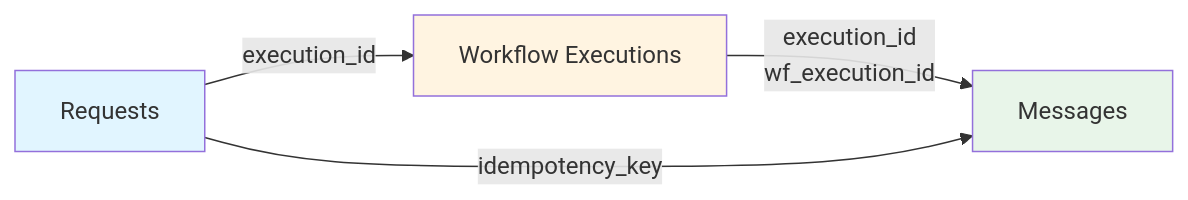
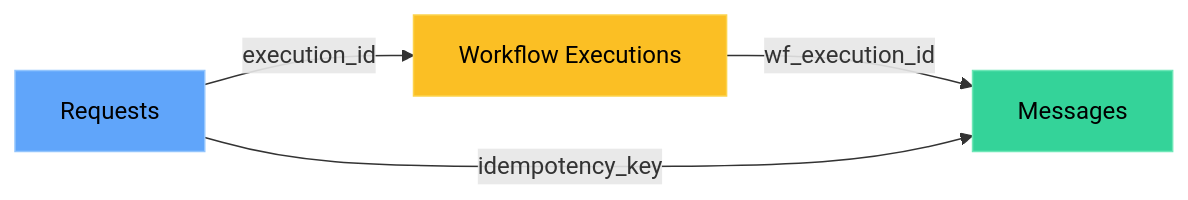
The diagram in docs/amazon_s3_v2.mdx (suprsend/documentation), drawn with Mermaid before and after one commit. The commit also changed other lines of this file, not shown here.

````diff
--- a/docs/amazon_s3_v2.mdx
+++ b/docs/amazon_s3_v2.mdx
@@ -70,10 +56,10 @@
 ```mermaid
 graph LR
     A[Requests] -->|execution_id| B[Workflow Executions]
-    B -->|execution_id<br/>wf_execution_id| C[Messages]
+    B -->|wf_execution_id| C[Messages]
     A -->|idempotency_key| C
     
-    style A fill:#e1f5ff
-    style B fill:#fff4e1
-    style C fill:#e8f5e9
+    style A fill:#60a5fa,stroke:#93c5fd,color:#000000
+    style B fill:#fbbf24,stroke:#fcd34d,color:#000000
+    style C fill:#34d399,stroke:#6ee7b7,color:#000000
 ```
````
